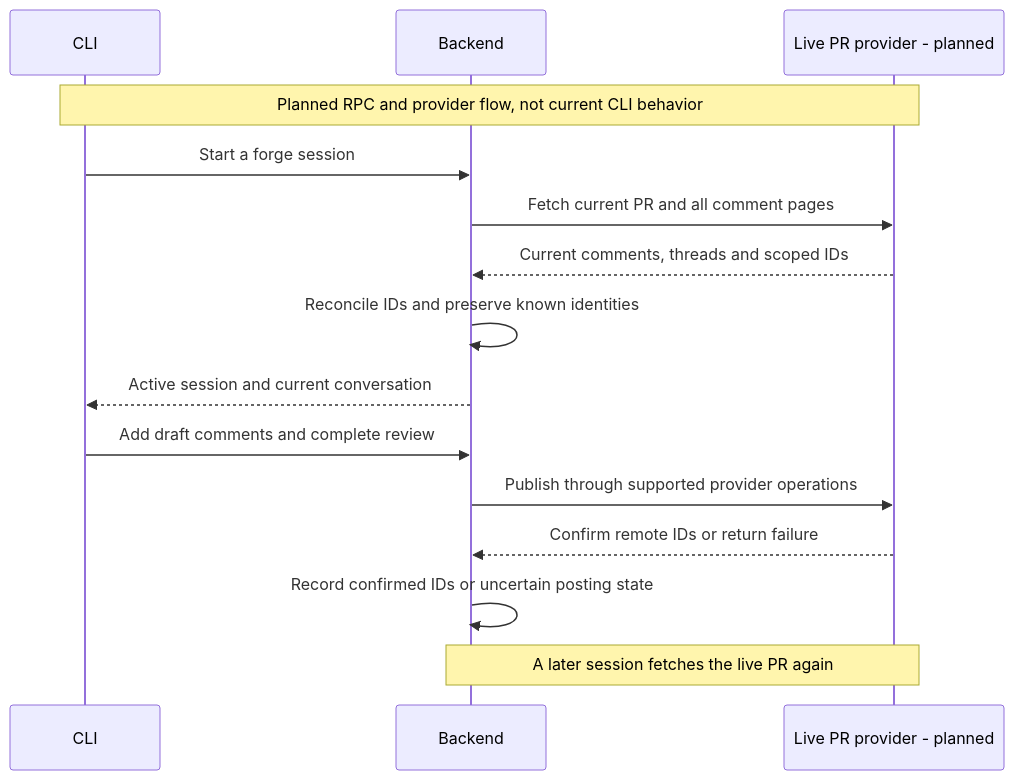
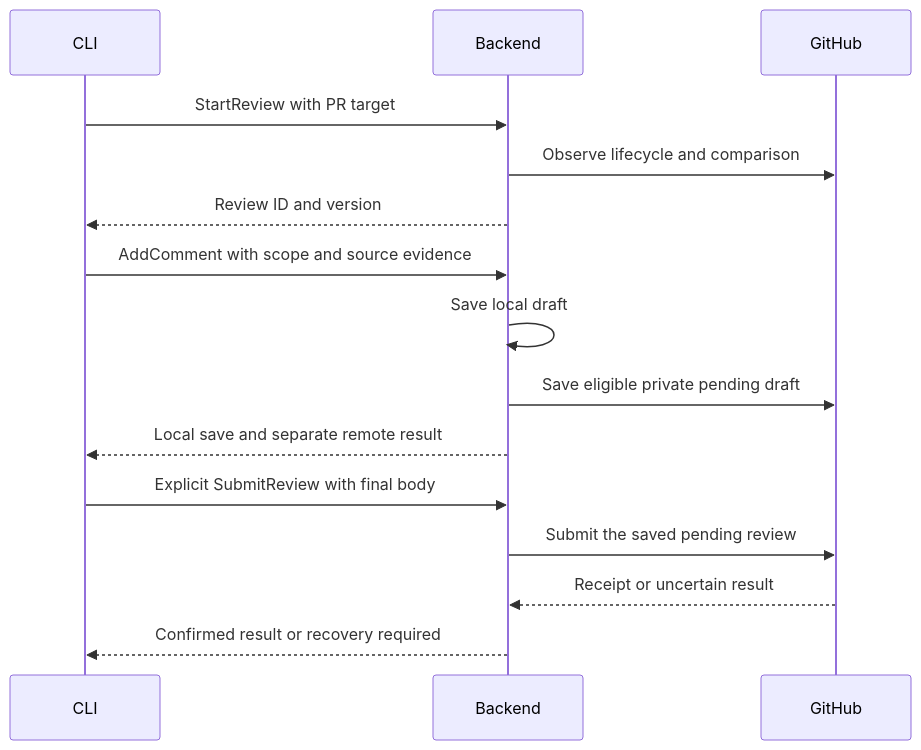
Before and after one commit to difflab-io/lgtm: the third of 3 diagrams in docs/architecture/cli/index.md, drawn with Mermaid. The commit also changed other lines of this file and 132 other files, not shown here.

First line of the commit message:
fix(review): reconcile review contracts and Neovim workflows

````diff
--- a/docs/architecture/cli/index.md
+++ b/docs/architecture/cli/index.md
@@ -103,17 +91,17 @@
 ```mermaid
 sequenceDiagram
     participant CLI
     participant Backend
-    participant Forge as Live PR provider - planned
-    Note over CLI,Forge: Planned RPC and provider flow, not current CLI behavior
-    CLI->>Backend: Start a forge session
-    Backend->>Forge: Fetch current PR and all comment pages
-    Forge-->>Backend: Current comments, threads and scoped IDs
-    Backend->>Backend: Reconcile IDs and preserve known identities
-    Backend-->>CLI: Active session and current conversation
-    CLI->>Backend: Add draft comments and complete review
-    Backend->>Forge: Publish through supported provider operations
-    Forge-->>Backend: Confirm remote IDs or return failure
-    Backend->>Backend: Record confirmed IDs or uncertain posting state
-    Note over Backend,Forge: A later session fetches the live PR again
+    participant GitHub
+    CLI->>Backend: StartReview with PR target
+    Backend->>GitHub: Observe lifecycle and comparison
+    Backend-->>CLI: Review ID and version
+    CLI->>Backend: AddComment with scope and source evidence
+    Backend->>Backend: Save local draft
+    Backend->>GitHub: Save eligible private pending draft
+    Backend-->>CLI: Local save and separate remote result
+    CLI->>Backend: Explicit SubmitReview with final body
+    Backend->>GitHub: Submit the saved pending review
+    GitHub-->>Backend: Receipt or uncertain result
+    Backend-->>CLI: Confirmed result or recovery required
 ```
````
